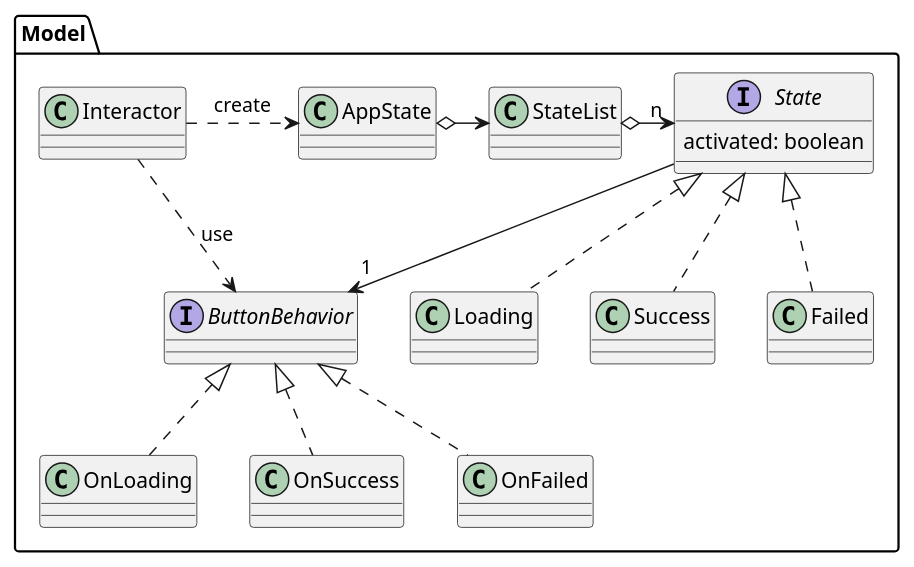
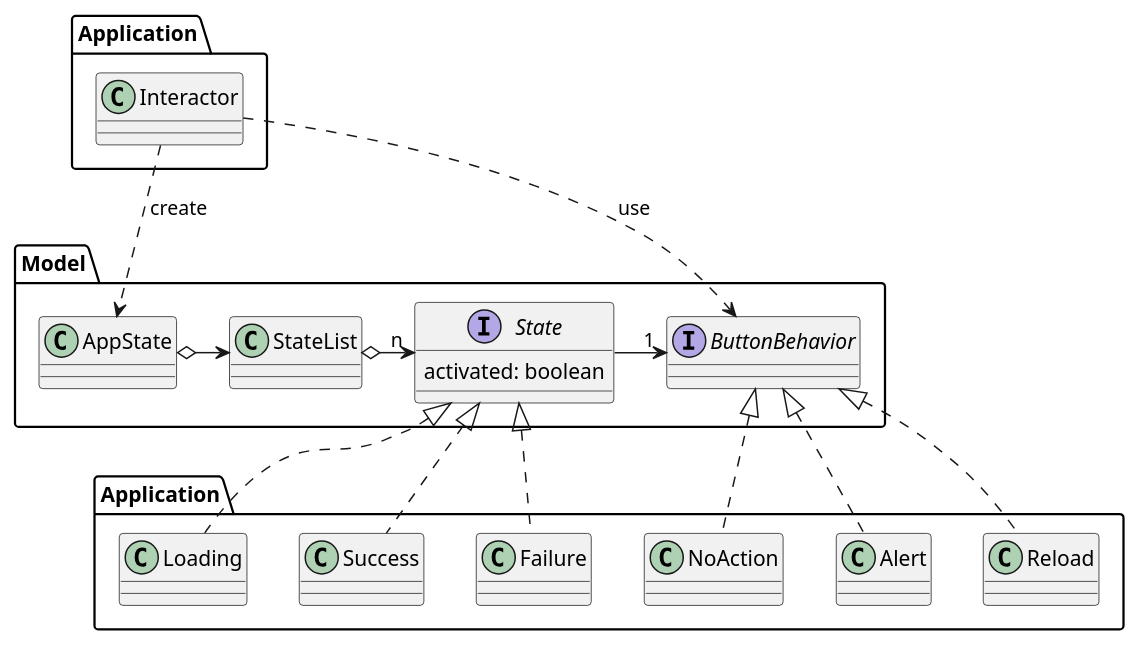
The second of 2 diagrams in docs/strategy.puml (tooppoo/sample-for-vue-with-design-patterns), drawn with PlantUML before and after one commit. The commit also changed other lines of this file, not shown here.

Commit message:
型名更新

```diff
--- a/docs/strategy.puml
+++ b/docs/strategy.puml
@@ -34,23 +38,36 @@
 @startuml Strategy Pattern
 package Model {
   interface ButtonBehavior
-  ButtonBehavior <|.. OnLoading
-  ButtonBehavior <|.. OnSuccess
-  ButtonBehavior <|.. OnFailed
-
   class "StateList" as MStateList
   interface "State" as MState {
     activated: boolean
   }
-  MState <|.. Loading
-  MState <|.. Success
-  MState <|.. Failed
-
   AppState o-r-> MStateList
   MStateList o-r-> "n" MState
   MState -r-> "1" ButtonBehavior
+}
 
-  Interactor .r.> AppState : create
-  Interactor ..> ButtonBehavior : use
+package "Application" as App1 {
+  class Interactor
 }
+package "Application" as App2 {
+  class Loading
+  class Success
+  class Failure
+  
+  class NoAction
+  class Alert
+  class Reload
+}
+
+Interactor .r.> AppState : create
+Interactor ..> ButtonBehavior : use
+
+MState <|.. Loading
+MState <|.. Success
+MState <|.. Failure
+
+ButtonBehavior <|.. NoAction
+ButtonBehavior <|.. Alert
+ButtonBehavior <|.. Reload
 @enduml
```
